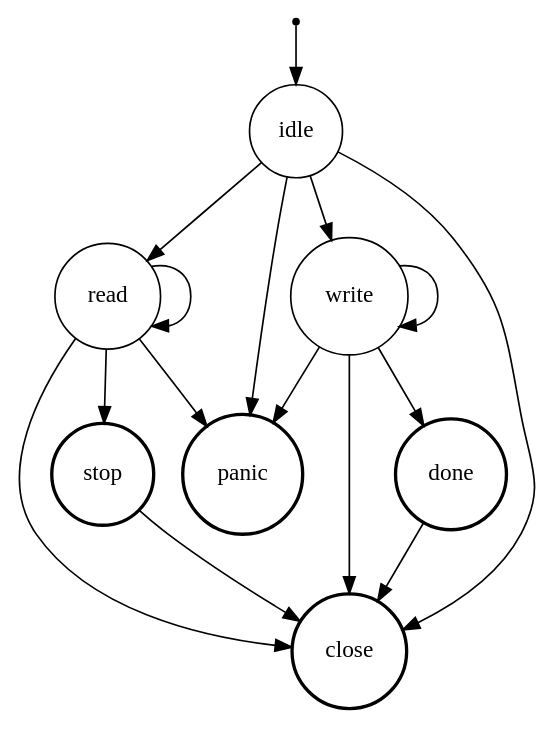
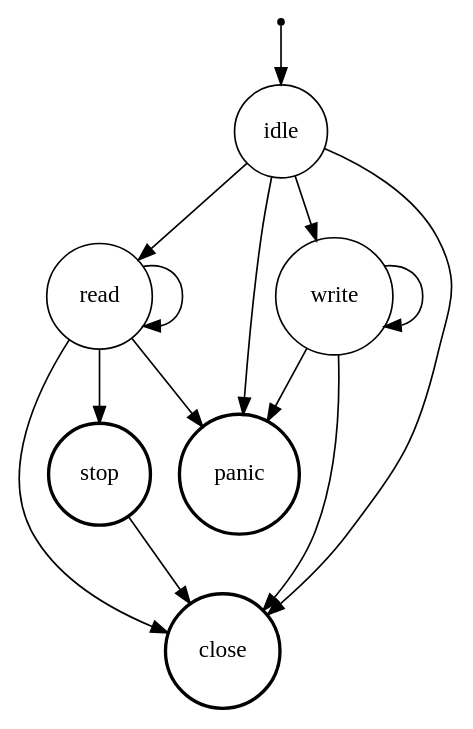
The diagram in docs/src/assets/modes.dot (JuliaIO/TranscodingStreams.jl), drawn with Graphviz before and after one commit. The commit also changed 8 other files, not shown here.

```diff
--- a/docs/src/assets/modes.dot
+++ b/docs/src/assets/modes.dot
@@ -1,30 +1,27 @@
 digraph modes {
     "start" -> "idle";
 
     "idle" -> "read";
     "idle" -> "write";
     "idle" -> "close";
     "idle" -> "panic";
 
     "read" -> "read";
     "read" -> "stop";
     "read" -> "close";
     "read" -> "panic";
 
     "write" -> "write";
-    "write" -> "done";
     "write" -> "close";
     "write" -> "panic";
 
     "stop" -> "close";
-    "done" -> "close";
 
     "start" [ shape = point ];
     "idle"  [ shape = circle ];
     "read"  [ shape = circle ];
     "write" [ shape = circle ];
     "stop"  [ shape = circle; style=bold; ];
-    "done"  [ shape = circle; style=bold; ];
     "close" [ shape = circle; style=bold; ];
     "panic" [ shape = circle; style=bold; ];
 }
```
